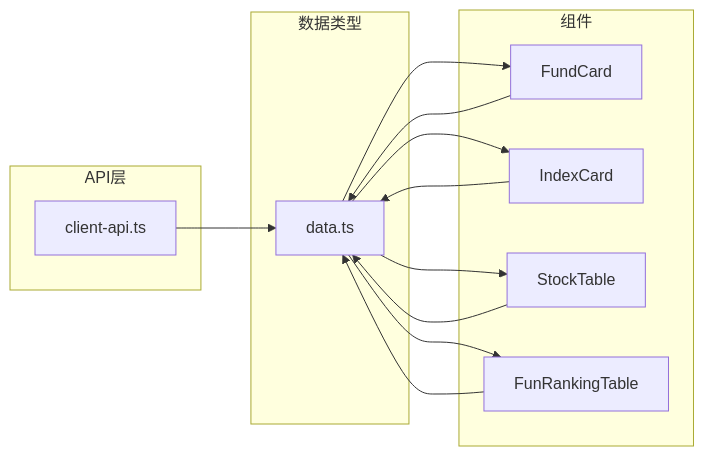
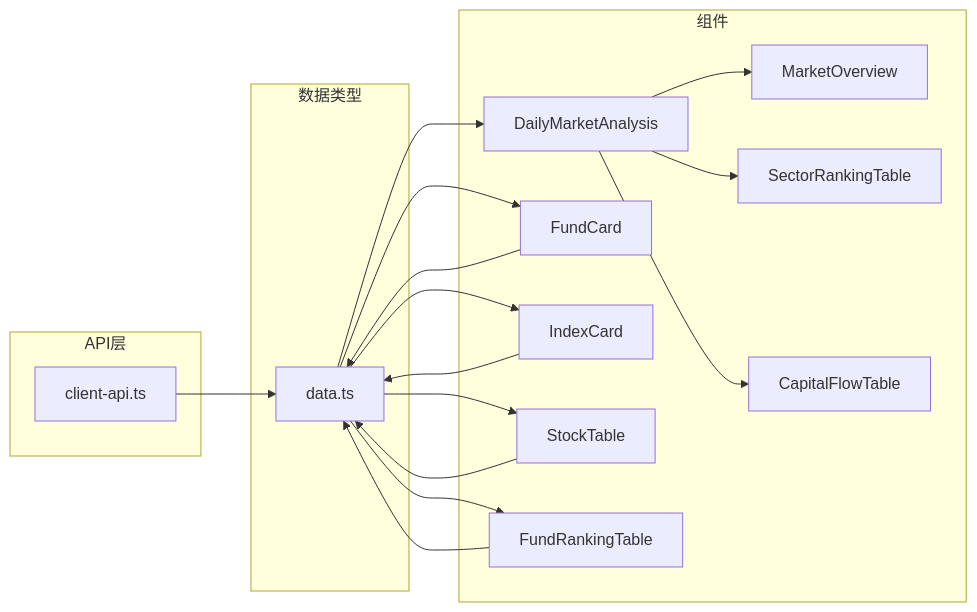
Before and after one commit to Neveryu/react-fund: diagram 12 of 12 in .qoder/repowiki/zh/content/数据管理/数据类型定义.md, drawn with Mermaid. The commit also changed other lines of this file and 15 other files, not shown here.

````diff
--- a/.qoder/repowiki/zh/content/数据管理/数据类型定义.md
+++ b/.qoder/repowiki/zh/content/数据管理/数据类型定义.md
@@ -356,24 +596,32 @@
 ```mermaid
 graph LR
 subgraph "数据类型"
 DT[data.ts]
 end
 subgraph "组件"
+DMA[DailyMarketAnalysis]
+MO[MarketOverview]
+SRT[SectorRankingTable]
+CFT[CapitalFlowTable]
 FC[FundCard]
 IC[IndexCard]
 ST[StockTable]
-FR[FunRankingTable]
+FR[FundRankingTable]
 end
 subgraph "API层"
 CA[client-api.ts]
 end
+DT --> DMA
 DT --> FC
 DT --> IC
 DT --> ST
 DT --> FR
 CA --> DT
+DMA --> MO
+DMA --> SRT
+DMA --> CFT
 FC --> DT
 IC --> DT
 ST --> DT
 FR --> DT
 ```
````
